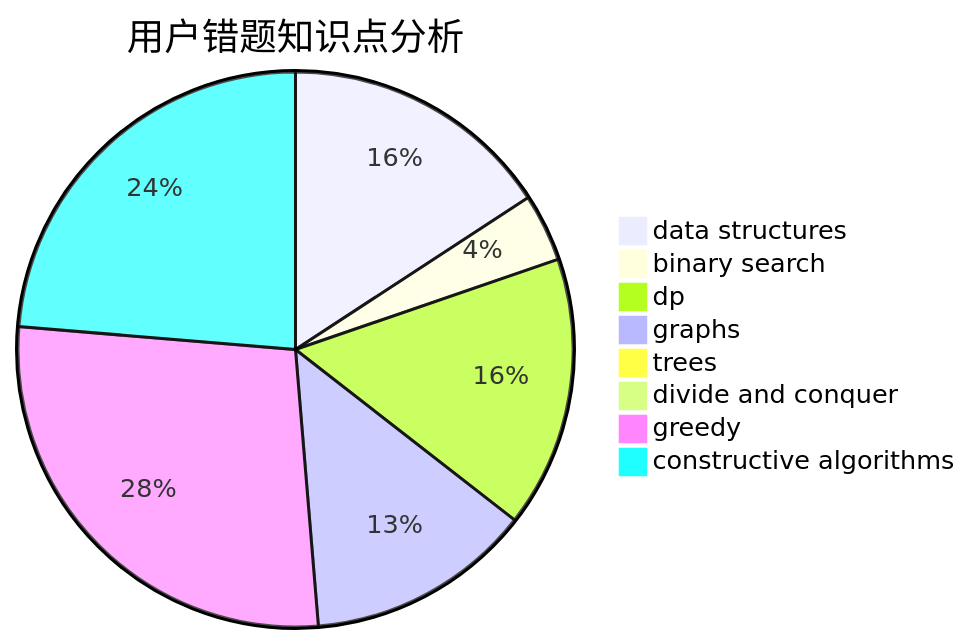
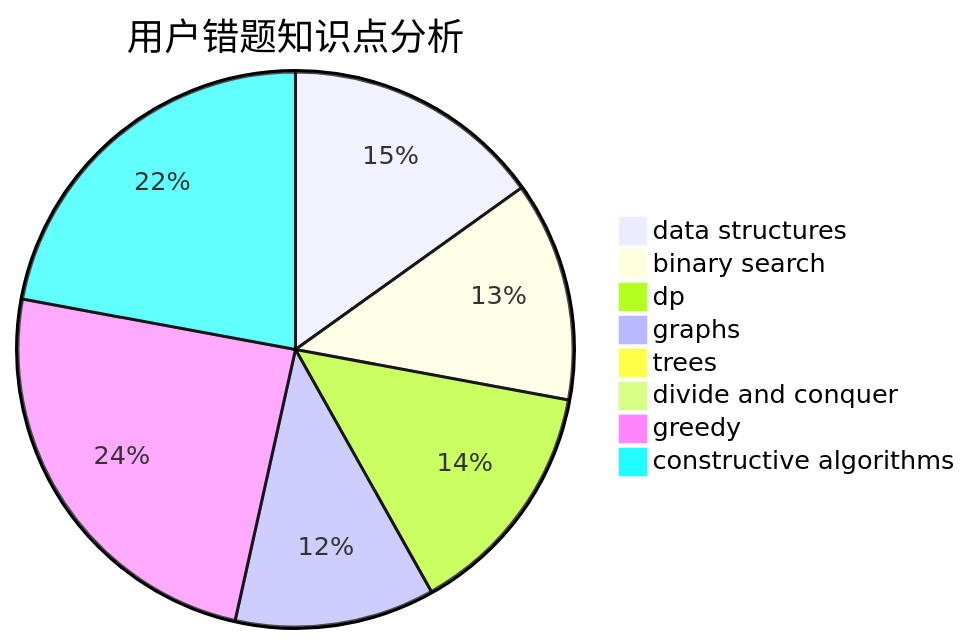
The third of 3 diagrams in docs/user/u2344.md (sherpahu/cfrs.github.io), drawn with Mermaid before and after one commit. The commit also changed other lines of this file and 2770 other files, not shown here.

````diff
--- a/docs/user/u2344.md
+++ b/docs/user/u2344.md
@@ -36,11 +36,11 @@
 ```mermaid
 pie title 用户错题知识点分析
-    "data structures" :  12
-    "binary search" :  3
+    "data structures" :  13
+    "binary search" :  11
     "dp" :  12
     "graphs" :  10
     "trees" :  0
     "divide and conquer" :  0
     "greedy" :  21
-    "constructive algorithms" :  18
+    "constructive algorithms" :  19
 ```
````
